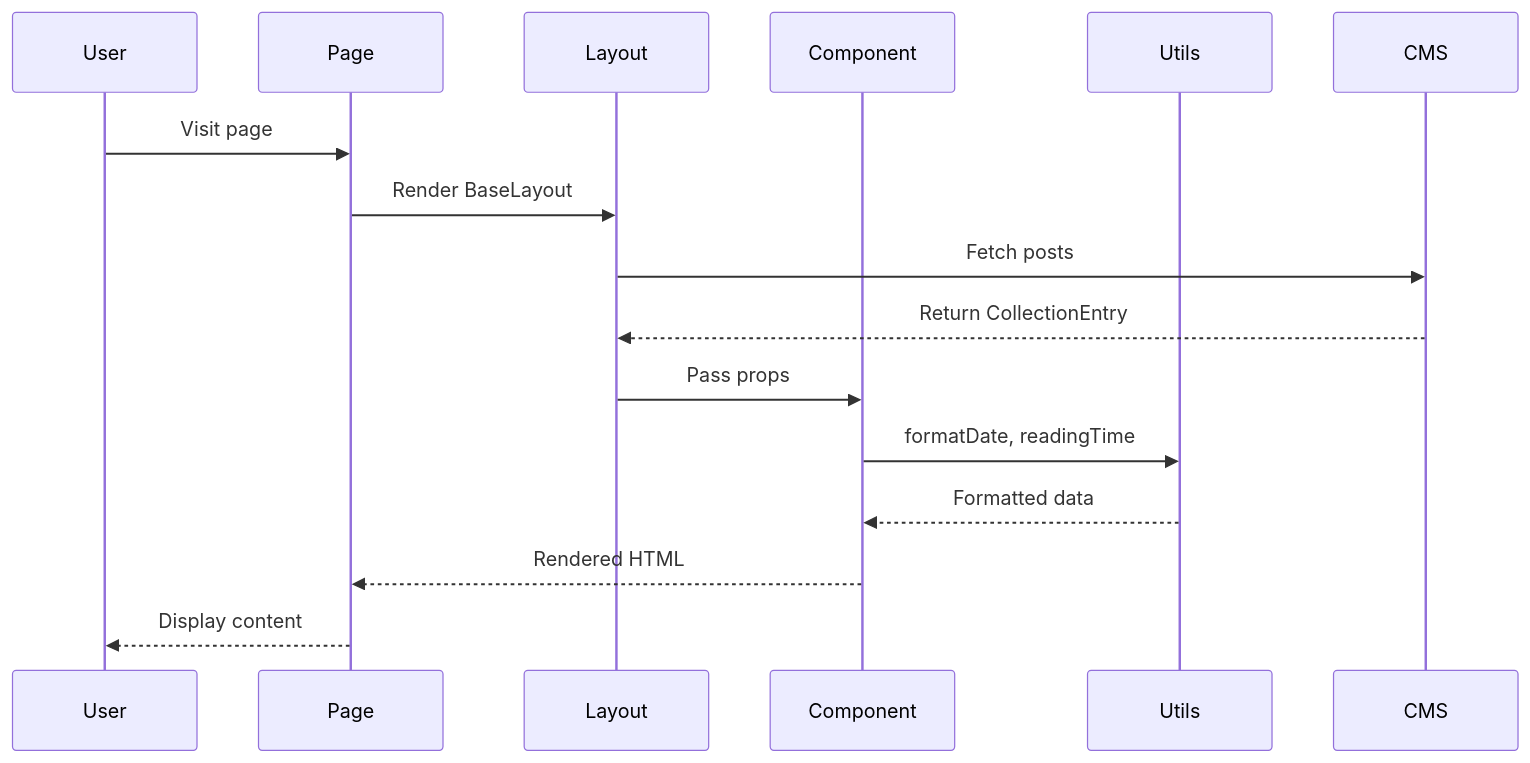
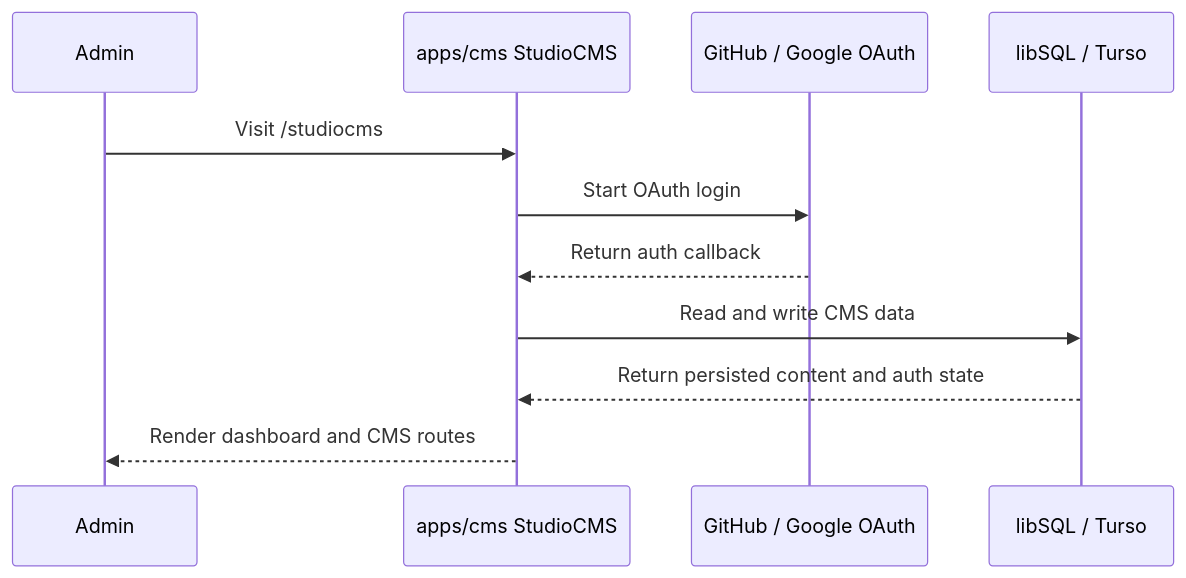
One commit to dt418/studio-cms changed the third of 4 diagrams in docs/PROJECT_ARCHITECTURE.md. Above: the diagram before and after it, drawn with Mermaid. The commit also changed other lines of this file and 16 other files, not shown here.

````diff
--- a/docs/PROJECT_ARCHITECTURE.md
+++ b/docs/PROJECT_ARCHITECTURE.md
@@ -140,19 +51,14 @@
 ```mermaid
 sequenceDiagram
-    participant User
-    participant Page
-    participant Layout
-    participant Component
-    participant Utils
-    participant CMS
+    participant Admin
+    participant CMS as apps/cms StudioCMS
+    participant OAuth as GitHub / Google OAuth
+    participant DB as libSQL / Turso
 
-    User->>Page: Visit page
-    Page->>Layout: Render BaseLayout
-    Layout->>CMS: Fetch posts
-    CMS-->>Layout: Return CollectionEntry
-    Layout->>Component: Pass props
-    Component->>Utils: formatDate, readingTime
-    Utils-->>Component: Formatted data
-    Component-->>Page: Rendered HTML
-    Page-->>User: Display content
+    Admin->>CMS: Visit /studiocms
+    CMS->>OAuth: Start OAuth login
+    OAuth-->>CMS: Return auth callback
+    CMS->>DB: Read and write CMS data
+    DB-->>CMS: Return persisted content and auth state
+    CMS-->>Admin: Render dashboard and CMS routes
 ```
````
